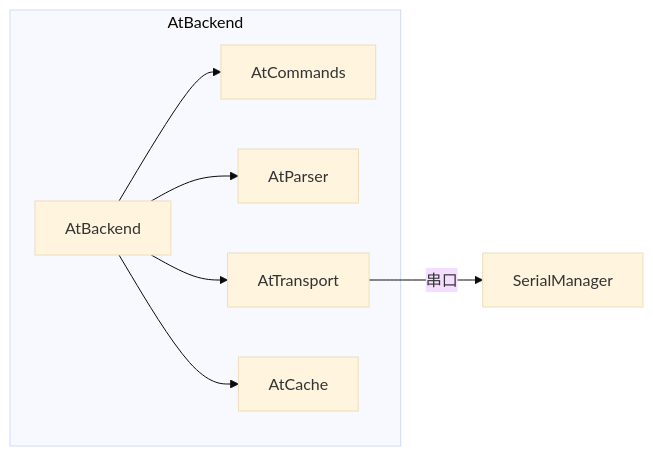
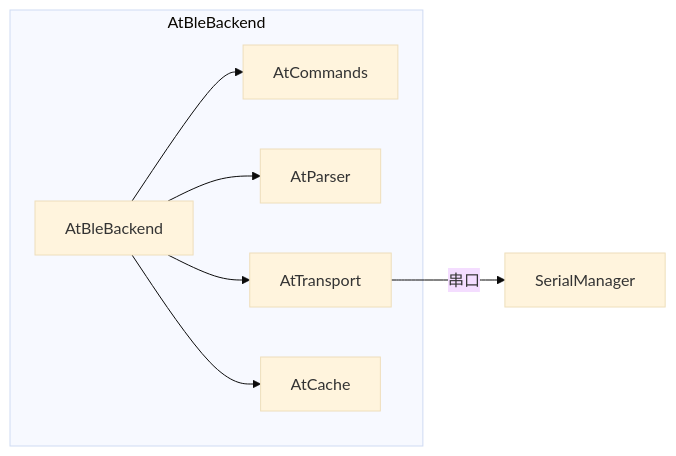
The second of 4 diagrams in docs/architecture/backend/ble-module.md (XiaoPb/combridge), drawn with Mermaid (base theme) before and after one commit. The commit also changed other lines of this file and 10 other files, not shown here.

````diff
--- a/docs/architecture/backend/ble-module.md
+++ b/docs/architecture/backend/ble-module.md
@@ -244,17 +357,17 @@
 ```mermaid
 graph LR
-    subgraph AtBackend
-        AB[AtBackend]
+    subgraph AtBleBackend
+        AB[AtBleBackend]
         Cmd[AtCommands]
         Parser[AtParser]
         Trans[AtTransport]
         Cache[AtCache]
     end
-    
+
     AB --> Cmd
     AB --> Parser
     AB --> Trans
     AB --> Cache
-    
+
     Trans -->|串口| Serial[SerialManager]
 ```
````
